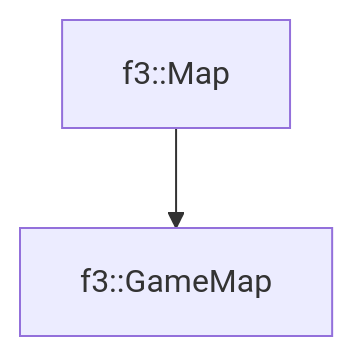
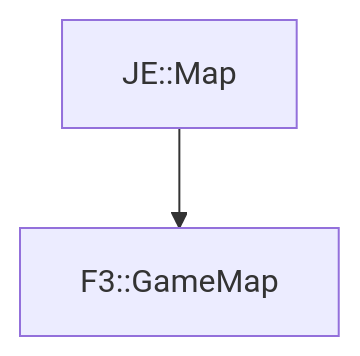
The diagram in docs/f3/GameMap.md (OpenJE/openvb), drawn with Mermaid before and after one commit. The commit also changed other lines of this file and 1399 other files, not shown here.

````diff
--- a/docs/f3/GameMap.md
+++ b/docs/f3/GameMap.md
@@ -16,4 +16,4 @@
 ```mermaid
 graph TD;
-    f3::Map --> f3::GameMap
+    JE::Map --> F3::GameMap
 ```
````
